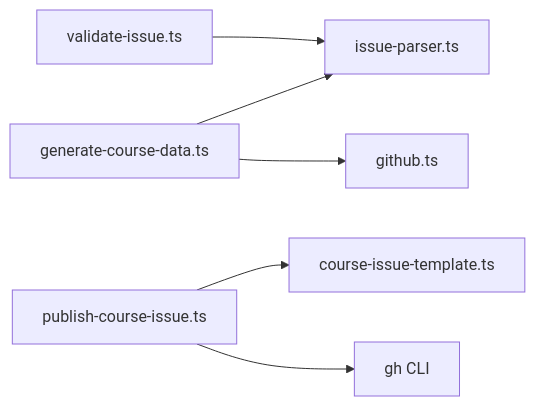
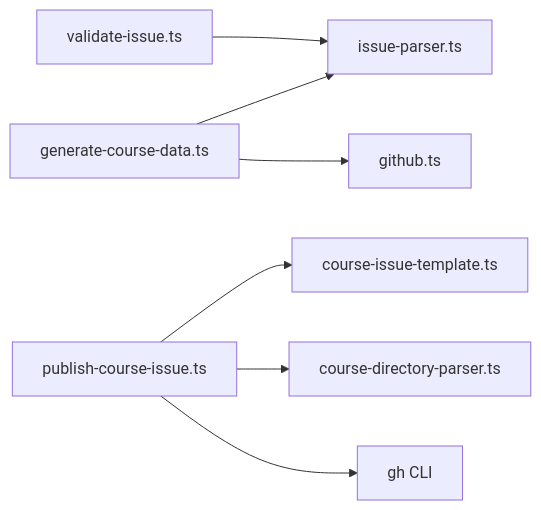
The seventh of 12 diagrams in spec.md (kevintsai1202/course-schedule), drawn with Mermaid before and after one commit. The commit also changed other lines of this file and 17 other files, not shown here.

````diff
--- a/spec.md
+++ b/spec.md
@@ -178,8 +218,9 @@
 ```mermaid
 flowchart LR
     A[validate-issue.ts] --> B[issue-parser.ts]
     C[generate-course-data.ts] --> B
     C --> D[github.ts]
     E[publish-course-issue.ts] --> F[course-issue-template.ts]
+    E --> H[course-directory-parser.ts]
     E --> G[gh CLI]
 ```
````
